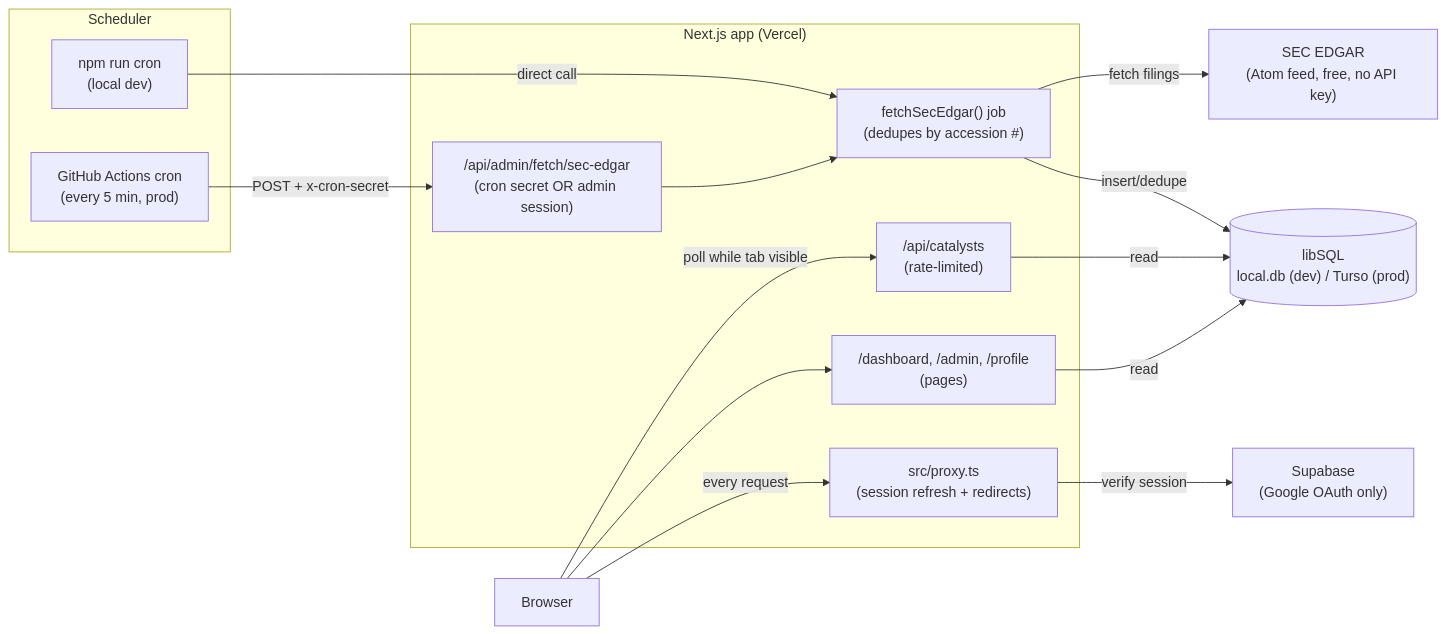
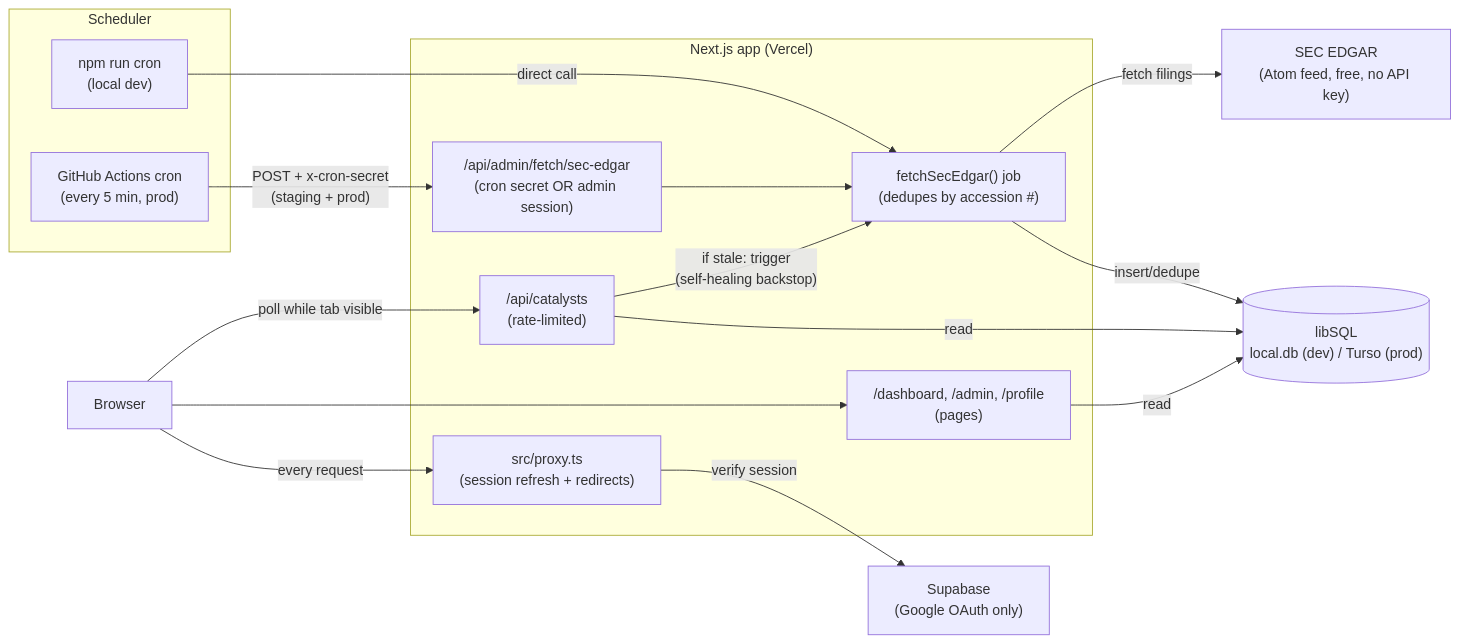
One commit to catalystintel/catalyst-intel changed the diagram in ARCHITECTURE.md. Above: the diagram before and after it, drawn with Mermaid. The commit also changed other lines of this file and 6 other files, not shown here.

First line of the commit message:
feat: self-healing ETL backstop + scheduled cron for staging

````diff
--- a/ARCHITECTURE.md
+++ b/ARCHITECTURE.md
@@ -13,33 +13,34 @@
 ```mermaid
 flowchart LR
     subgraph Scheduler["Scheduler"]
         GHA["GitHub Actions cron\n(every 5 min, prod)"]
         LocalCron["npm run cron\n(local dev)"]
     end
 
     subgraph App["Next.js app (Vercel)"]
         AdminAPI["/api/admin/fetch/sec-edgar\n(cron secret OR admin session)"]
         Job["fetchSecEdgar() job\n(dedupes by accession #)"]
         CatalystsAPI["/api/catalysts\n(rate-limited)"]
         Proxy["src/proxy.ts\n(session refresh + redirects)"]
         Dashboard["/dashboard, /admin, /profile\n(pages)"]
     end
 
     SEC["SEC EDGAR\n(Atom feed, free, no API key)"]
     DB[("libSQL\nlocal.db (dev) / Turso (prod)")]
     Supabase["Supabase\n(Google OAuth only)"]
     Browser["Browser"]
 
-    GHA -- "POST + x-cron-secret" --> AdminAPI
+    GHA -- "POST + x-cron-secret\n(staging + prod)" --> AdminAPI
     LocalCron -- "direct call" --> Job
     AdminAPI --> Job
     Job -- "fetch filings" --> SEC
     Job -- "insert/dedupe" --> DB
 
     Browser -- "poll while tab visible" --> CatalystsAPI
     CatalystsAPI -- "read" --> DB
+    CatalystsAPI -- "if stale: trigger\n(self-healing backstop)" --> Job
     Browser -- "every request" --> Proxy
     Proxy -- "verify session" --> Supabase
     Browser --> Dashboard
     Dashboard -- "read" --> DB
 ```
````
